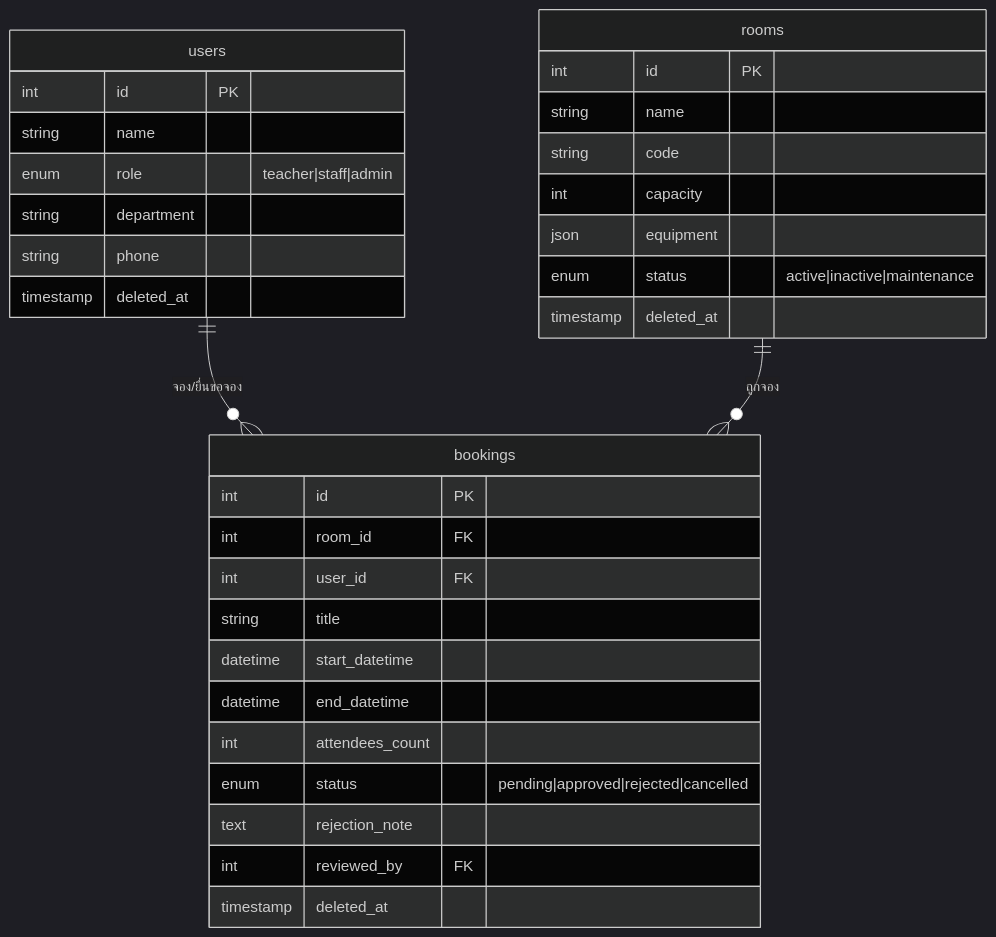
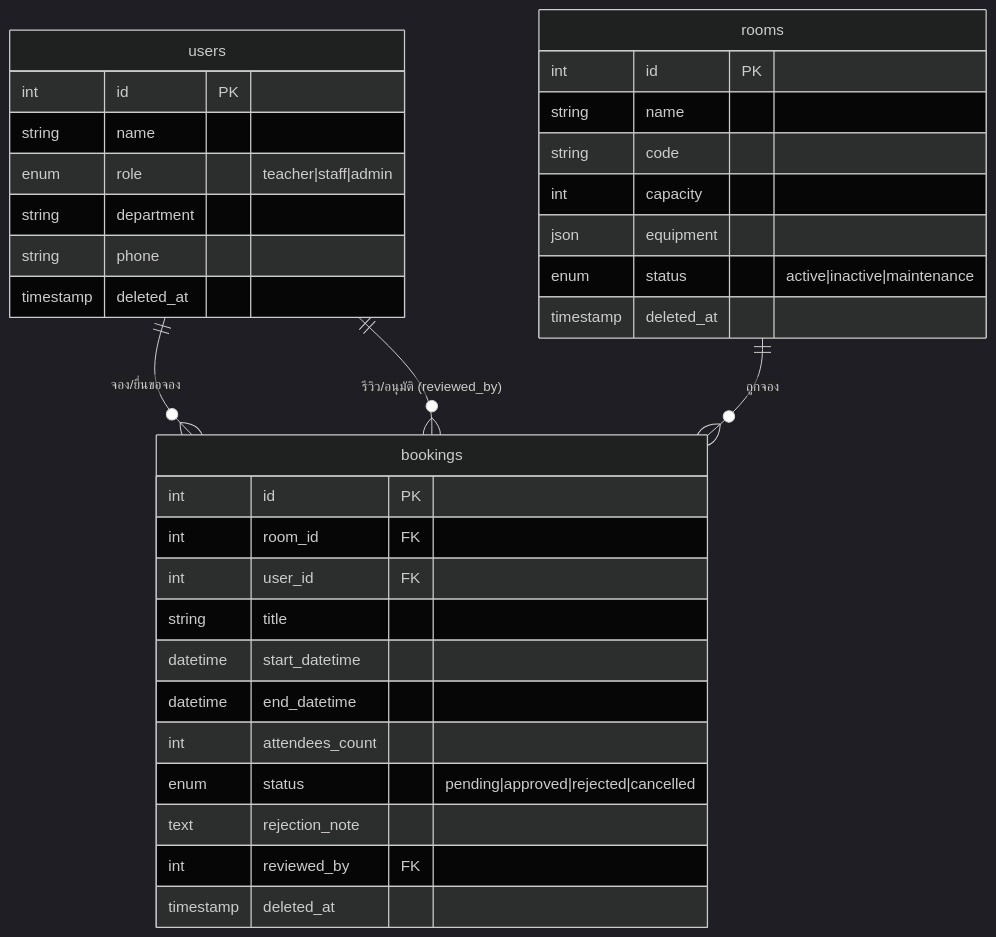
One commit to Krungsri/laravel-vibecode changed the second of 3 diagrams in 02-workshop.md. Above: the diagram before and after it, drawn with Mermaid (dark theme). The commit also changed other lines of this file and 1 other file, not shown here.

````diff
--- a/02-workshop.md
+++ b/02-workshop.md
@@ -41,35 +51,36 @@
 ```mermaid
 erDiagram
     users {
         int id PK
         string name
         enum role "teacher|staff|admin"
         string department
         string phone
         timestamp deleted_at
     }
     rooms {
         int id PK
         string name
         string code
         int capacity
         json equipment
         enum status "active|inactive|maintenance"
         timestamp deleted_at
     }
     bookings {
         int id PK
         int room_id FK
         int user_id FK
         string title
         datetime start_datetime
         datetime end_datetime
         int attendees_count
         enum status "pending|approved|rejected|cancelled"
         text rejection_note
         int reviewed_by FK
         timestamp deleted_at
     }
     users ||--o{ bookings : "จอง/ยื่นขอจอง"
     rooms ||--o{ bookings : "ถูกจอง"
+    users ||--o{ bookings : "รีวิว/อนุมัติ (reviewed_by)"
 ```
````
